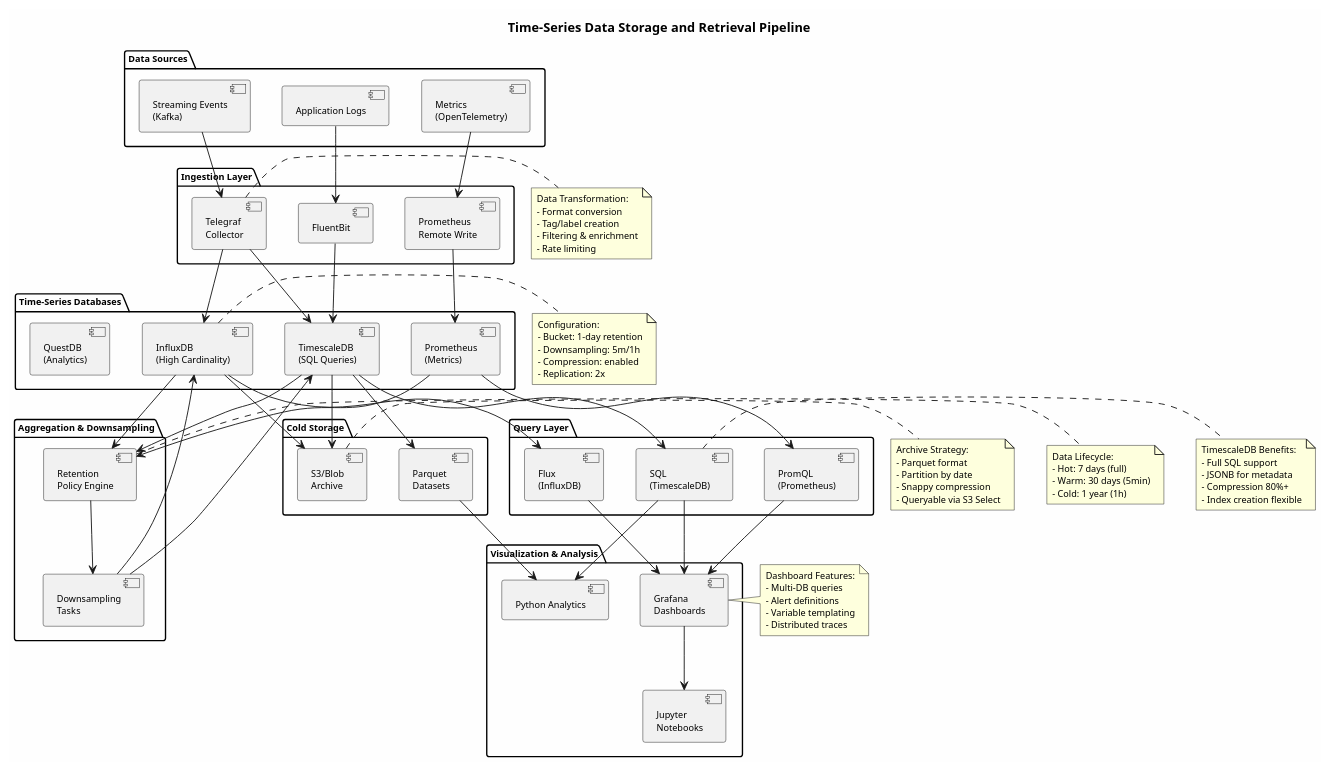
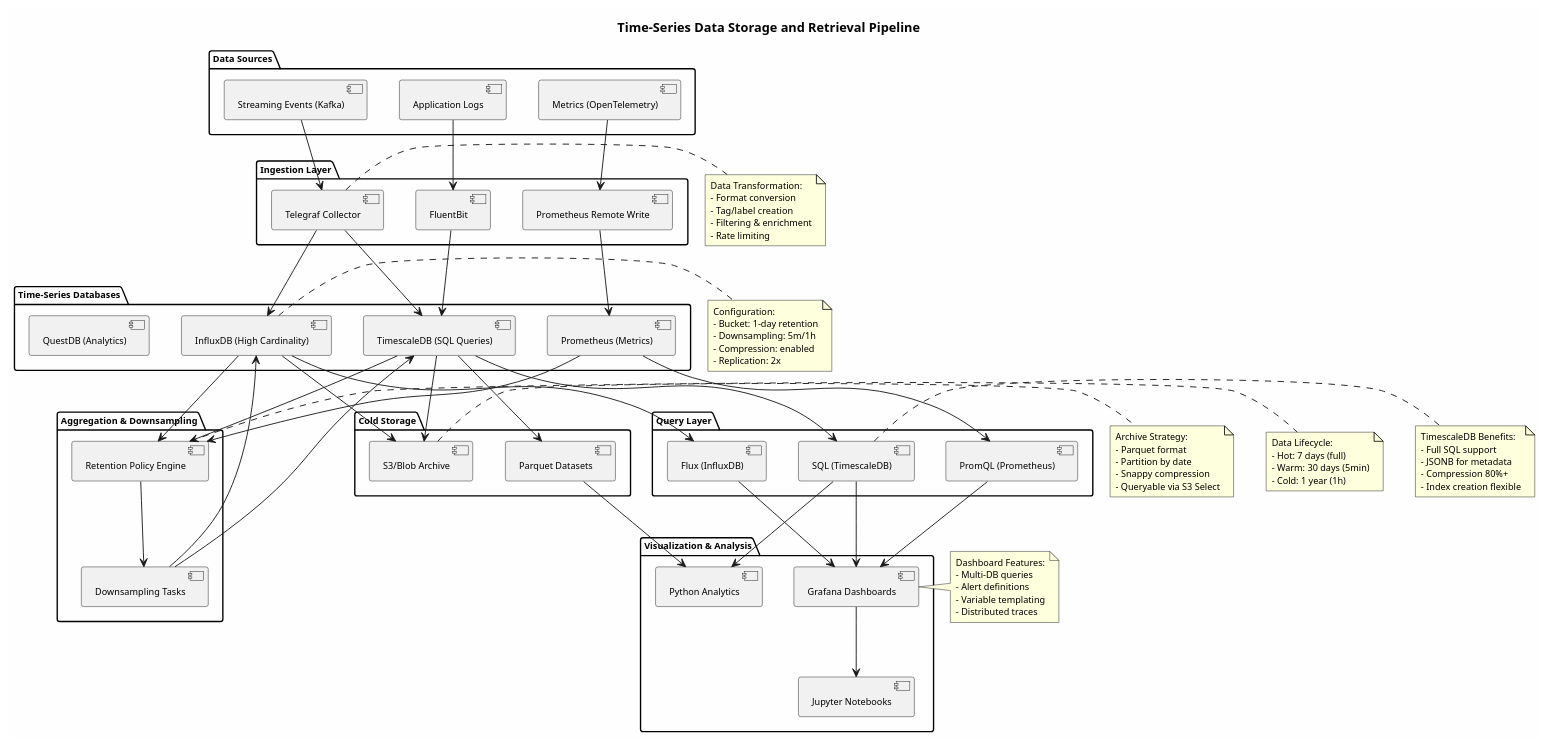
The diagram in projects/synchronized-telemetry-streaming-research/diagrams/architecture/timeseries-storage-pipeline.puml (mwwhited-notes/shared), drawn with PlantUML before and after one commit. The commit also changed 2 other files, not shown here.

Commit message:
update diagrams

```diff
--- a/projects/synchronized-telemetry-streaming-research/diagrams/architecture/timeseries-storage-pipeline.puml
+++ b/projects/synchronized-telemetry-streaming-research/diagrams/architecture/timeseries-storage-pipeline.puml
@@ -1,134 +1,134 @@
 @startuml Time-Series Storage Pipeline
 skinparam backgroundColor #FEFEFE
 skinparam defaultFontName Helvetica
 skinparam defaultFontSize 10
 
 title Time-Series Data Storage and Retrieval Pipeline
 
 package "Data Sources" {
-    component [Streaming Events\n(Kafka)] as kafka
-    component [Metrics\n(OpenTelemetry)] as otel
+    component [Streaming Events (Kafka)] as kafka
+    component [Metrics (OpenTelemetry)] as otel
     component [Application Logs] as logs
 }
 
 package "Ingestion Layer" {
-    component [Telegraf\nCollector] as telegraf
-    component [Prometheus\nRemote Write] as prom_write
+    component [Telegraf Collector] as telegraf
+    component [Prometheus Remote Write] as prom_write
     component [FluentBit] as fluent
 }
 
 package "Time-Series Databases" {
-    database [InfluxDB\n(High Cardinality)] as influx
-    database [TimescaleDB\n(SQL Queries)] as tsdb
-    database [Prometheus\n(Metrics)] as prom
-    database [QuestDB\n(Analytics)] as quest
+    database [InfluxDB (High Cardinality)] as influx
+    database [TimescaleDB (SQL Queries)] as tsdb
+    database [Prometheus (Metrics)] as prom
+    database [QuestDB (Analytics)] as quest
 }
 
 package "Aggregation & Downsampling" {
-    component [Retention\nPolicy Engine] as retention
-    component [Downsampling\nTasks] as downsample
+    component [Retention Policy Engine] as retention
+    component [Downsampling Tasks] as downsample
 }
 
 package "Query Layer" {
-    component [Flux\n(InfluxDB)] as flux
-    component [SQL\n(TimescaleDB)] as sql
-    component [PromQL\n(Prometheus)] as promql
+    component [Flux (InfluxDB)] as flux
+    component [SQL (TimescaleDB)] as sql
+    component [PromQL (Prometheus)] as promql
 }
 
 package "Visualization & Analysis" {
-    component [Grafana\nDashboards] as grafana
-    component [Jupyter\nNotebooks] as jupyter
+    component [Grafana Dashboards] as grafana
+    component [Jupyter Notebooks] as jupyter
     component [Python Analytics] as python_analytics
 }
 
 package "Cold Storage" {
-    database [S3/Blob\nArchive] as s3
-    database [Parquet\nDatasets] as parquet
+    database [S3/Blob Archive] as s3
+    database [Parquet Datasets] as parquet
 }
 
 ' Ingestion flows
 kafka --> telegraf
 otel --> prom_write
 logs --> fluent
 
 telegraf --> influx
 telegraf --> tsdb
 prom_write --> prom
 fluent --> tsdb
 
 ' Aggregation
 influx --> retention
 tsdb --> retention
 prom --> retention
 
 retention --> downsample
 downsample --> influx
 downsample --> tsdb
 
 ' Query layer
 influx --> flux
 tsdb --> sql
 prom --> promql
 
 ' Analytics
 flux --> grafana
 sql --> grafana
 promql --> grafana
 
 grafana --> jupyter
 sql --> python_analytics
 parquet --> python_analytics
 
 ' Archive
 influx --> s3
 tsdb --> parquet
 tsdb --> s3
 
 note right of telegraf
   Data Transformation:
   - Format conversion
   - Tag/label creation
   - Filtering & enrichment
   - Rate limiting
 end note
 
 note right of influx
   Configuration:
   - Bucket: 1-day retention
   - Downsampling: 5m/1h
   - Compression: enabled
   - Replication: 2x
 end note
 
 note right of retention
   Data Lifecycle:
   - Hot: 7 days (full)
   - Warm: 30 days (5min)
   - Cold: 1 year (1h)
 end note
 
 note right of sql
   TimescaleDB Benefits:
   - Full SQL support
   - JSONB for metadata
   - Compression 80%+
   - Index creation flexible
 end note
 
 note right of grafana
   Dashboard Features:
   - Multi-DB queries
   - Alert definitions
   - Variable templating
   - Distributed traces
 end note
 
 note right of s3
   Archive Strategy:
   - Parquet format
   - Partition by date
   - Snappy compression
   - Queryable via S3 Select
 end note
 
 @enduml
```
